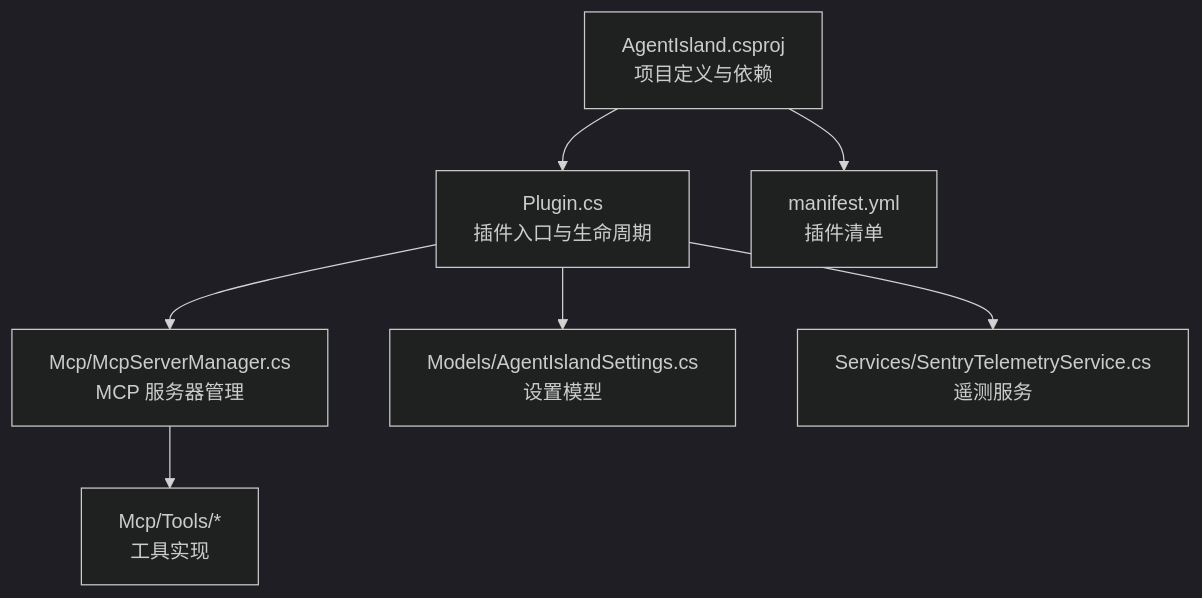
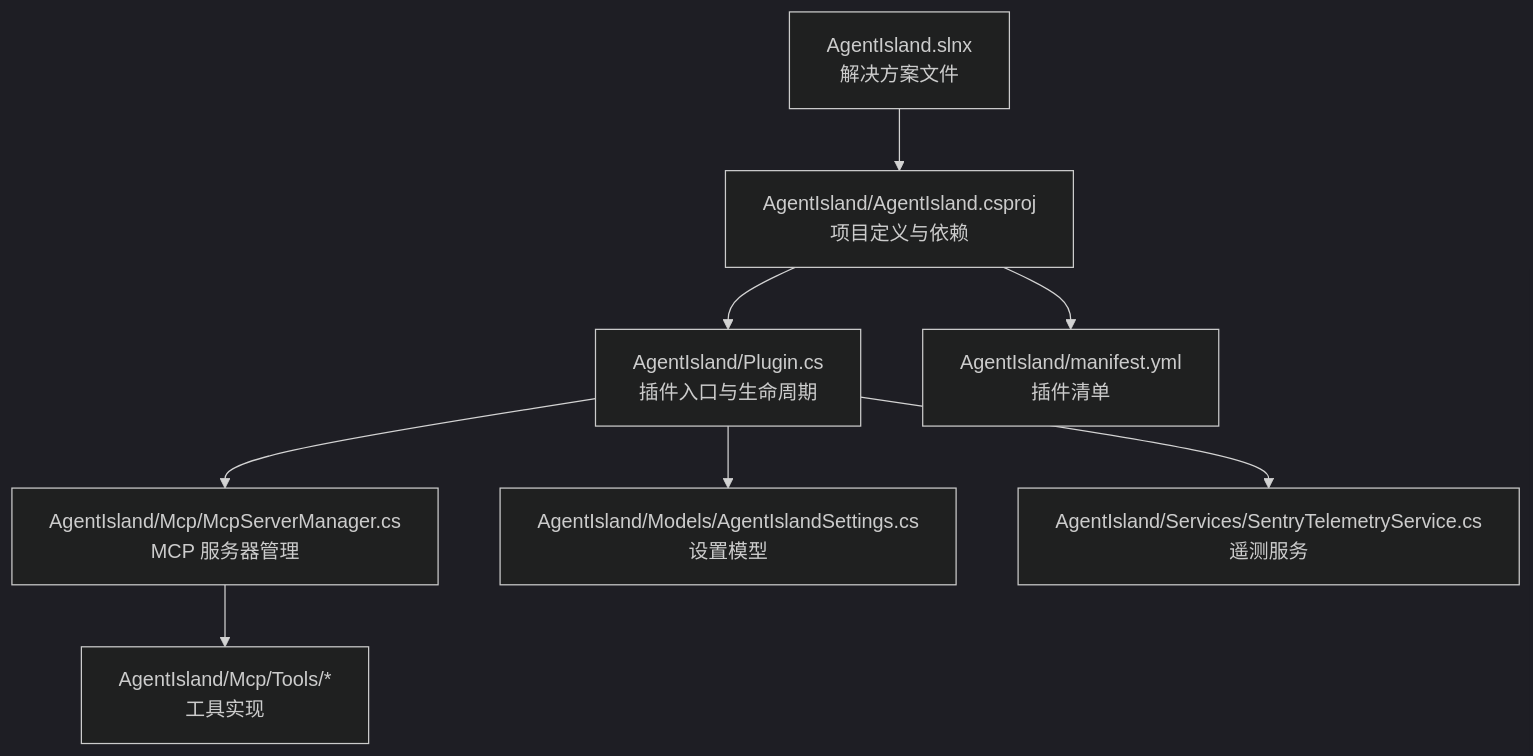
One commit to ShihaoShenDev/AgentIsland changed the first of 3 diagrams in .qoder/repowiki/zh/content/开发指南/环境搭建.md. Above: the diagram before and after it, drawn with Mermaid (dark theme). The commit also changed other lines of this file and 31 other files, not shown here.

````diff
--- a/.qoder/repowiki/zh/content/开发指南/环境搭建.md
+++ b/.qoder/repowiki/zh/content/开发指南/环境搭建.md
@@ -43,9 +51,10 @@
 ```mermaid
 graph TB
-A["AgentIsland.csproj<br/>项目定义与依赖"] --> B["Plugin.cs<br/>插件入口与生命周期"]
-B --> C["Mcp/McpServerManager.cs<br/>MCP 服务器管理"]
-C --> D["Mcp/Tools/*<br/>工具实现"]
-B --> E["Models/AgentIslandSettings.cs<br/>设置模型"]
-B --> F["Services/SentryTelemetryService.cs<br/>遥测服务"]
-A --> G["manifest.yml<br/>插件清单"]
+A["AgentIsland/AgentIsland.csproj<br/>项目定义与依赖"] --> B["AgentIsland/Plugin.cs<br/>插件入口与生命周期"]
+B --> C["AgentIsland/Mcp/McpServerManager.cs<br/>MCP 服务器管理"]
+C --> D["AgentIsland/Mcp/Tools/*<br/>工具实现"]
+B --> E["AgentIsland/Models/AgentIslandSettings.cs<br/>设置模型"]
+B --> F["AgentIsland/Services/SentryTelemetryService.cs<br/>遥测服务"]
+A --> G["AgentIsland/manifest.yml<br/>插件清单"]
+H["AgentIsland.slnx<br/>解决方案文件"] --> A
 ```
````
